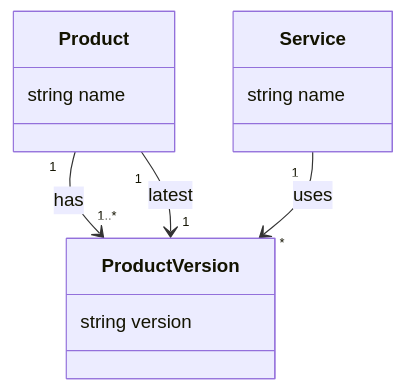
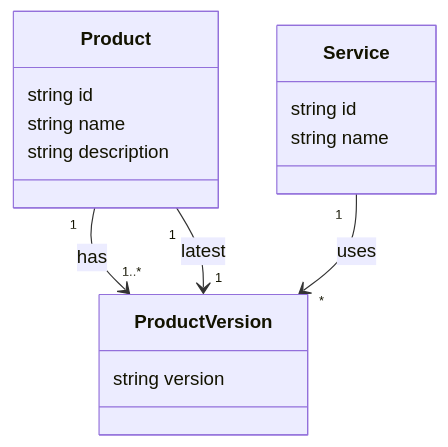
Before and after one commit to dnulnets/jjanus: the first of 3 diagrams in system_design/information_model.md, drawn with Mermaid. The commit also changed other lines of this file, not shown here.

````diff
--- a/system_design/information_model.md
+++ b/system_design/information_model.md
@@ -6,15 +6,18 @@
 ```mermaid
 classDiagram
     class Service {
+        string id
         string name
     }
     class Product {
+        string id
         string name
+        string description
     }
     class ProductVersion {
         string version
     }
     Product "1" --> "1..*" ProductVersion : has
     Product "1" --> "1" ProductVersion : latest
     Service "1" --> "*" ProductVersion : uses
 ```
````
